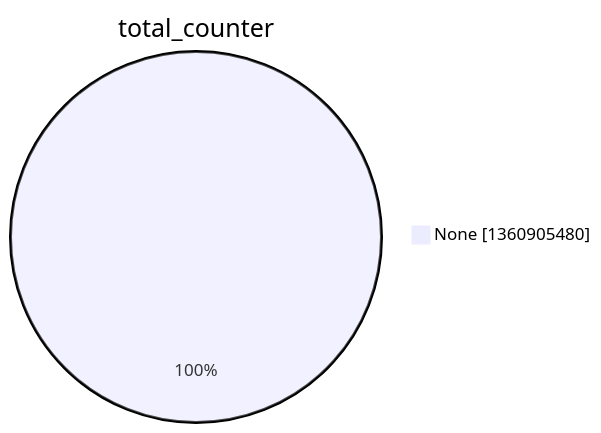
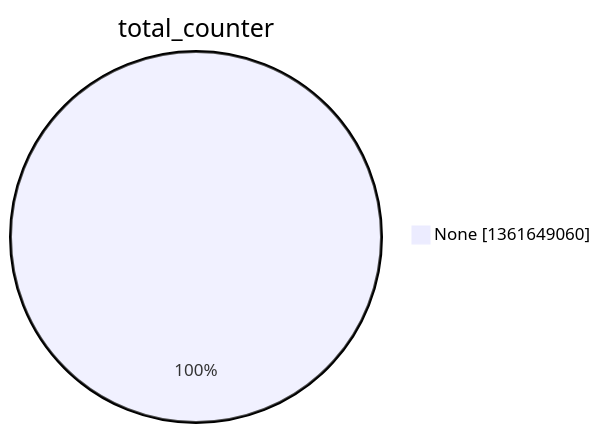
One commit to christiankrug/ctmonitor_visualization changed the second of 15 diagrams in argon2022/README.md. Above: the diagram before and after it, drawn with Mermaid. The commit also changed other lines of this file, not shown here.

````diff
--- a/argon2022/README.md
+++ b/argon2022/README.md
@@ -9,5 +9,5 @@
 ```mermaid
 pie showData
 title total_counter
-"None" :1360905480
+"None" :1361649060
 ```
````
